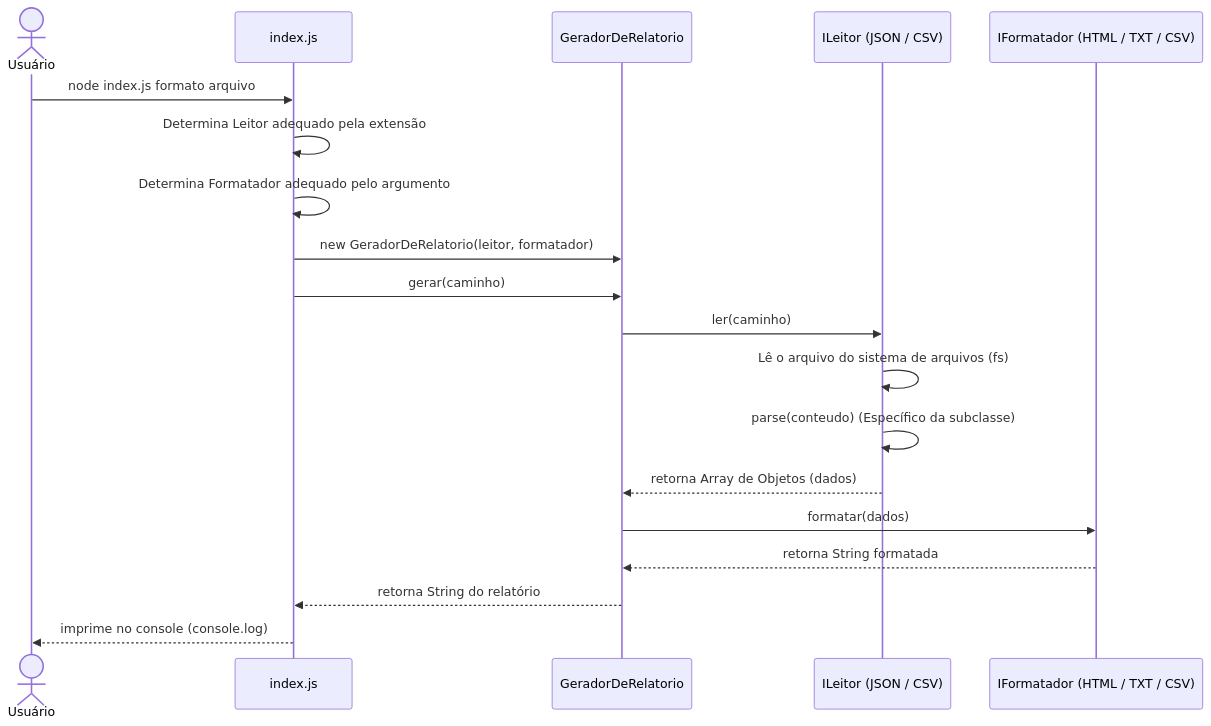
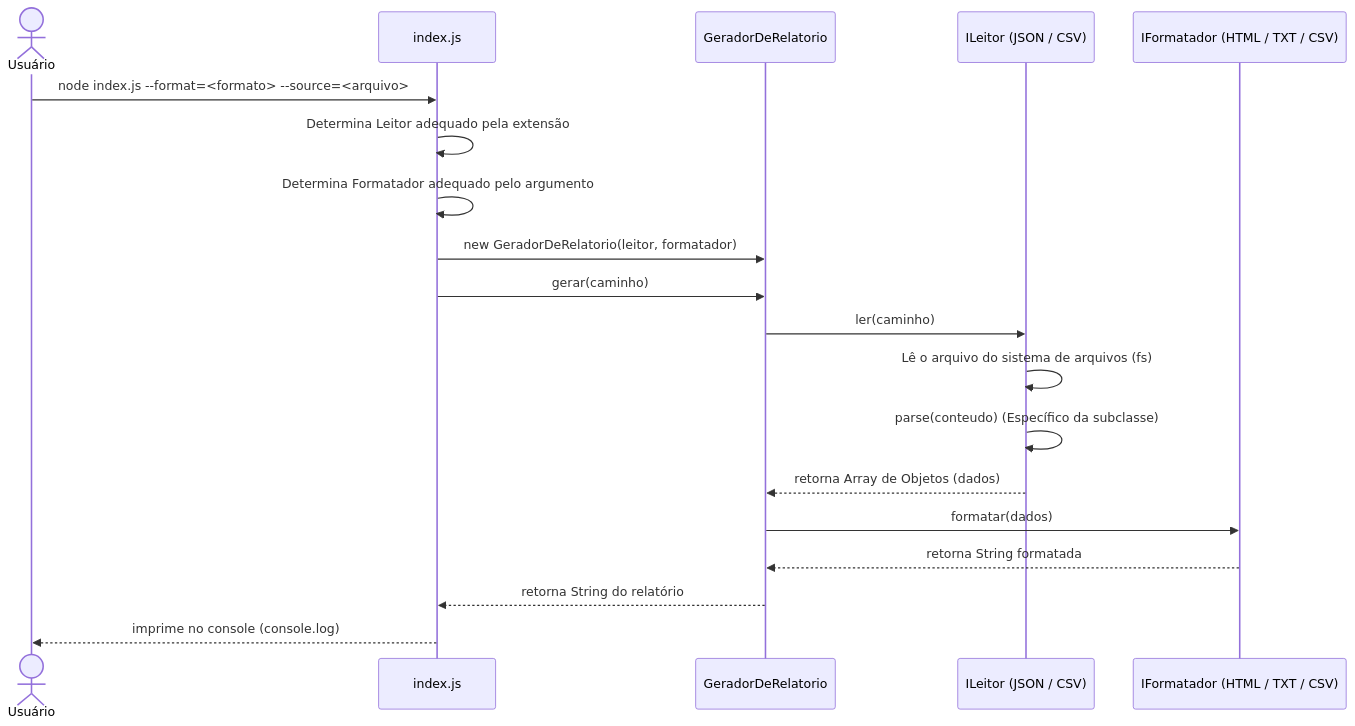
One commit to lhwiedmer/tp2_eng_soft changed the diagram in specs/diagramas/diagrama_seq_mod.mmd. Above: the diagram before and after it, drawn with Mermaid. The commit also changed 2 other files, not shown here.

```diff
--- a/specs/diagramas/diagrama_seq_mod.mmd
+++ b/specs/diagramas/diagrama_seq_mod.mmd
@@ -1,25 +1,25 @@
 sequenceDiagram
     actor Usuario as Usuário
     participant CLI as index.js
     participant Gerador as GeradorDeRelatorio
     participant Leitor as ILeitor (JSON / CSV)
     participant Formatador as IFormatador (HTML / TXT / CSV)
 
-    Usuario->>CLI: node index.js formato arquivo
+    Usuario->>CLI: node index.js --format=<formato> --source=<arquivo>
     
     CLI->>CLI: Determina Leitor adequado pela extensão
     CLI->>CLI: Determina Formatador adequado pelo argumento
     CLI->>Gerador: new GeradorDeRelatorio(leitor, formatador)
     
     CLI->>Gerador: gerar(caminho)
     
     Gerador->>Leitor: ler(caminho)
     Leitor->>Leitor: Lê o arquivo do sistema de arquivos (fs)
     Leitor->>Leitor: parse(conteudo) (Específico da subclasse)
     Leitor-->>Gerador: retorna Array de Objetos (dados)
     
     Gerador->>Formatador: formatar(dados)
     Formatador-->>Gerador: retorna String formatada
     
     Gerador-->>CLI: retorna String do relatório
     CLI-->>Usuario: imprime no console (console.log)
```
